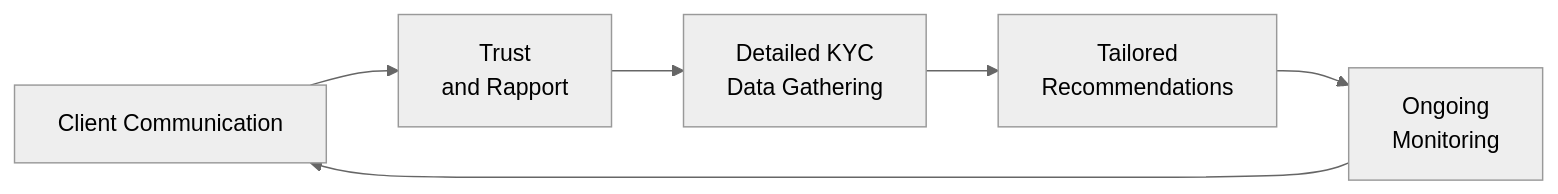
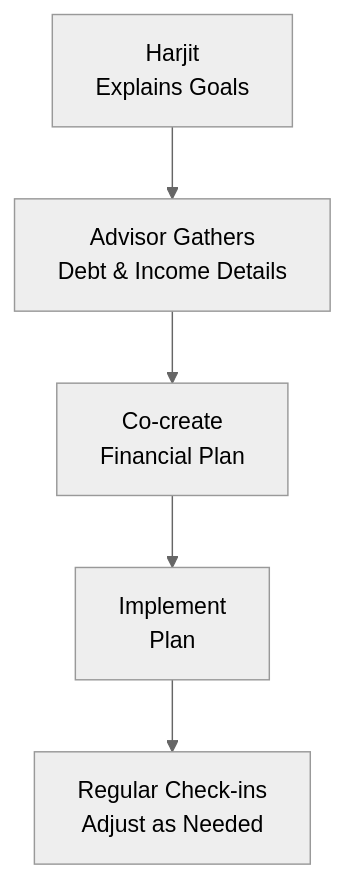
One commit to MasteryEducation/SecuritiesExamsMastery.ca changed the diagram in content/ifc/4/1/index.md. Above: the diagram before and after it, drawn with Mermaid (neutral theme). The commit also changed other lines of this file and 130 other files, not shown here.

````diff
--- a/content/ifc/4/1/index.md
+++ b/content/ifc/4/1/index.md
@@ -101,8 +116,7 @@
 ```mermaid
-flowchart LR
-    A["Client Communication"] --> B["Trust <br/>and Rapport"]
-    B --> C["Detailed KYC <br/>Data Gathering"]
-    C --> D["Tailored <br/>Recommendations"]
-    D --> E["Ongoing <br/>Monitoring"]
-    E --> A["Client Communication"]
+flowchart TB
+    A["Harjit <br/>Explains Goals"] --> B["Advisor Gathers <br/>Debt & Income Details"]
+    B["Advisor Gathers <br/>Debt & Income Details"] --> C["Co-create <br/>Financial Plan"]
+    C["Co-create <br/>Financial Plan"] --> D["Implement <br/>Plan"]
+    D["Implement <br/>Plan"] --> E["Regular Check-ins <br/>Adjust as Needed"]
 ```
````
